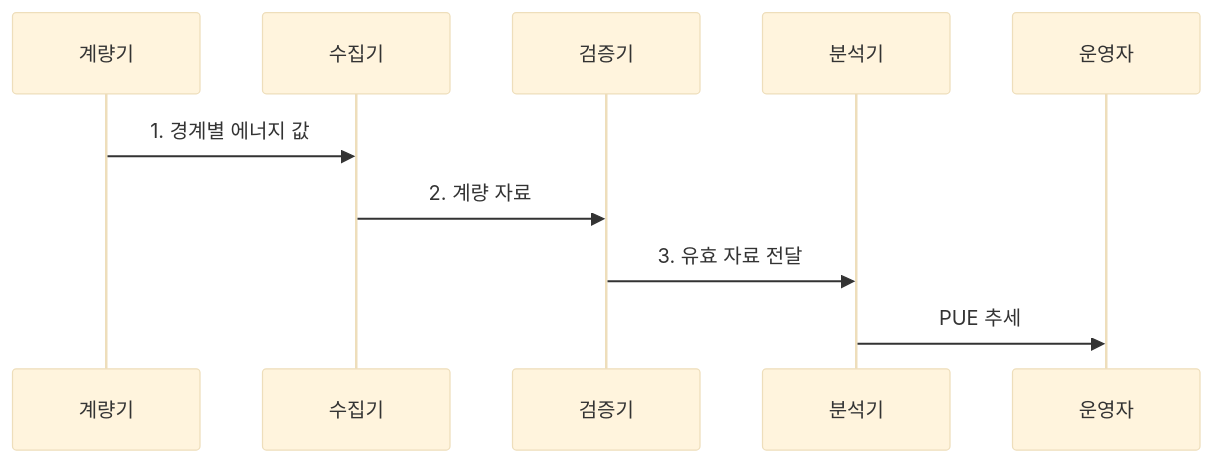
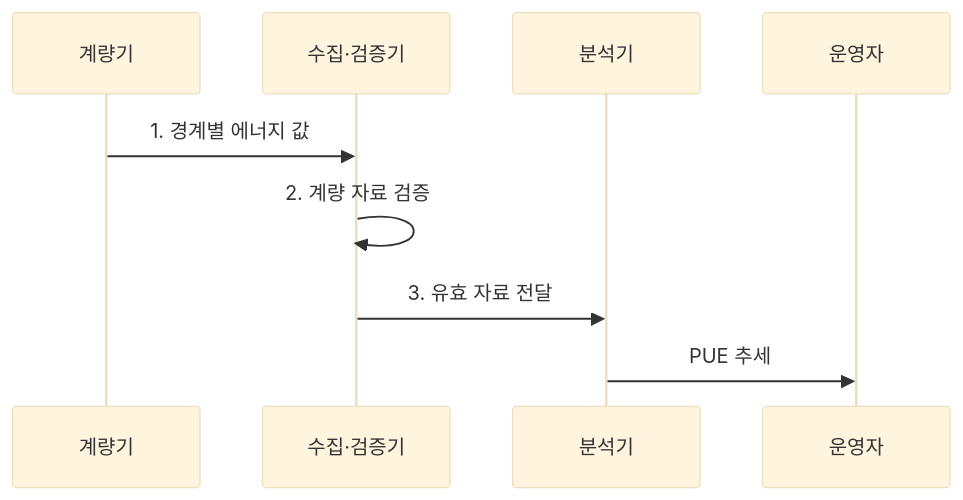
The second of 2 diagrams in src/content/docs/notes/02-hardware/058_power_usage_effectiveness.md (agnusdei1207/knowledge-base), drawn with Mermaid (base theme) before and after one commit. The commit also changed 9 other files, not shown here.

Commit message:
Reduce redundant hardware flow roles

````diff
--- a/src/content/docs/notes/02-hardware/058_power_usage_effectiveness.md
+++ b/src/content/docs/notes/02-hardware/058_power_usage_effectiveness.md
@@ -105,13 +105,12 @@
 ```mermaid
 sequenceDiagram
     participant M as 계량기
-    participant C as 수집기
-    participant V as 검증기
+    participant C as 수집·검증기
     participant A as 분석기
     participant O as 운영자
 
     M->>C: 1. 경계별 에너지 값
-    C->>V: 2. 계량 자료
-    V->>A: 3. 유효 자료 전달
+    C->>C: 2. 계량 자료 검증
+    C->>A: 3. 유효 자료 전달
     A->>O: PUE 추세
 ```
````
